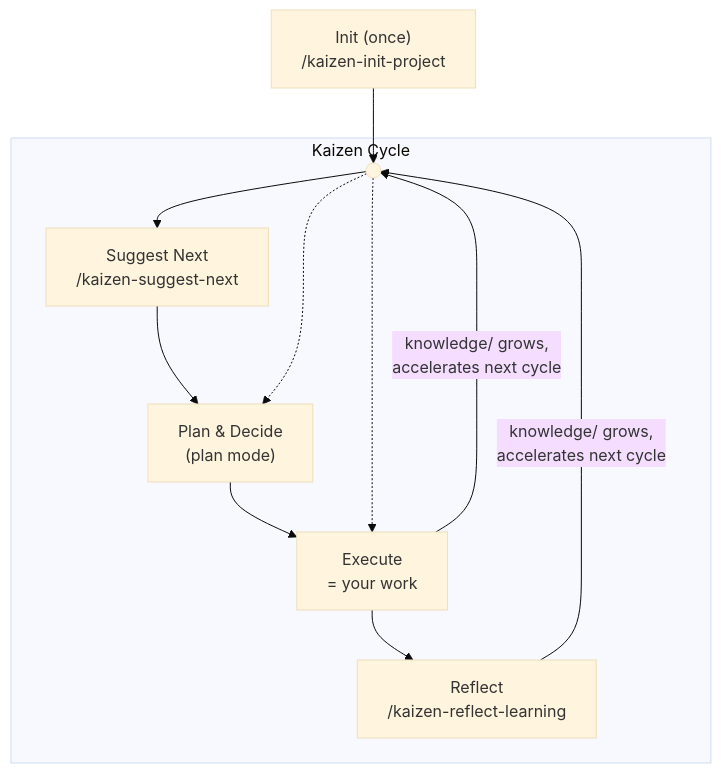
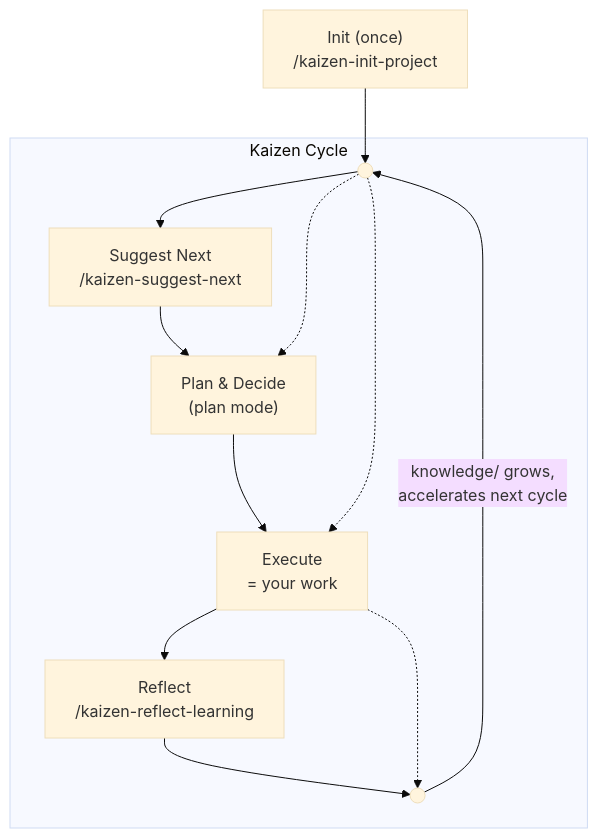
One commit to tomfook/kaizen-cli changed the diagram in docs/CONCEPT.md. Above: the diagram before and after it, drawn with Mermaid (base theme). The commit also changed 1 other file, not shown here.

Commit message:
fix: add end junction to show Reflect is optional
Add End(●) junction after Reflect. Execute connects to End via
both solid (through Reflect) and dotted (skip Reflect) paths.
Symmetric with Start junction: entry skips Suggest/Plan,
exit skips Reflect. Single feedback arrow End → Start.

https://claude.ai/code/session_011ENnixXZ7xcQcWQSnBuWA9

````diff
--- a/docs/CONCEPT.md
+++ b/docs/CONCEPT.md
@@ -45,19 +45,20 @@
 ```mermaid
 graph TD
     Init["Init (once)<br>/kaizen-init-project"] --> Start
 
     subgraph Cycle [" Kaizen Cycle "]
         Start((" "))
         Suggest["Suggest Next<br>/kaizen-suggest-next"]
         Plan["Plan & Decide<br>(plan mode)"]
         Execute["Execute<br>= your work"]
         Reflect["Reflect<br>/kaizen-reflect-learning"]
+        End((" "))
 
-        Start --> Suggest --> Plan --> Execute --> Reflect
+        Start --> Suggest --> Plan --> Execute --> Reflect --> End
         Start -.-> Plan
         Start -.-> Execute
+        Execute -.-> End
     end
 
-    Execute -->|"knowledge/ grows,<br>accelerates next cycle"| Start
-    Reflect -->|"knowledge/ grows,<br>accelerates next cycle"| Start
+    End -->|"knowledge/ grows,<br>accelerates next cycle"| Start
 ```
````
